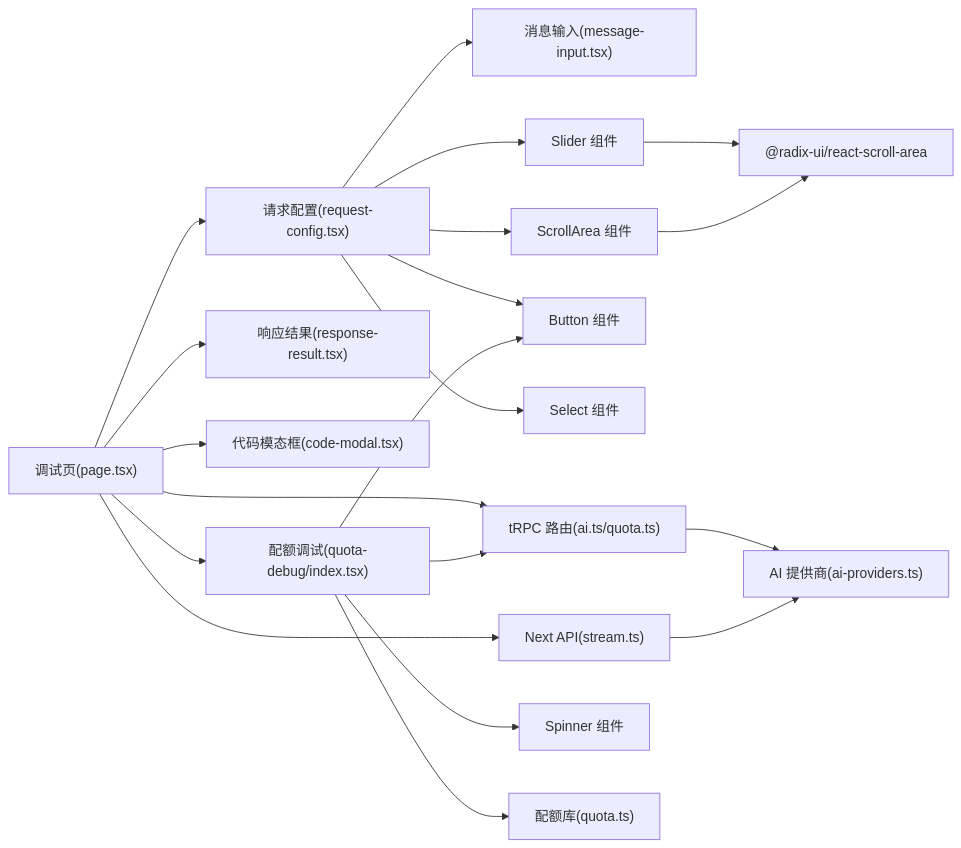
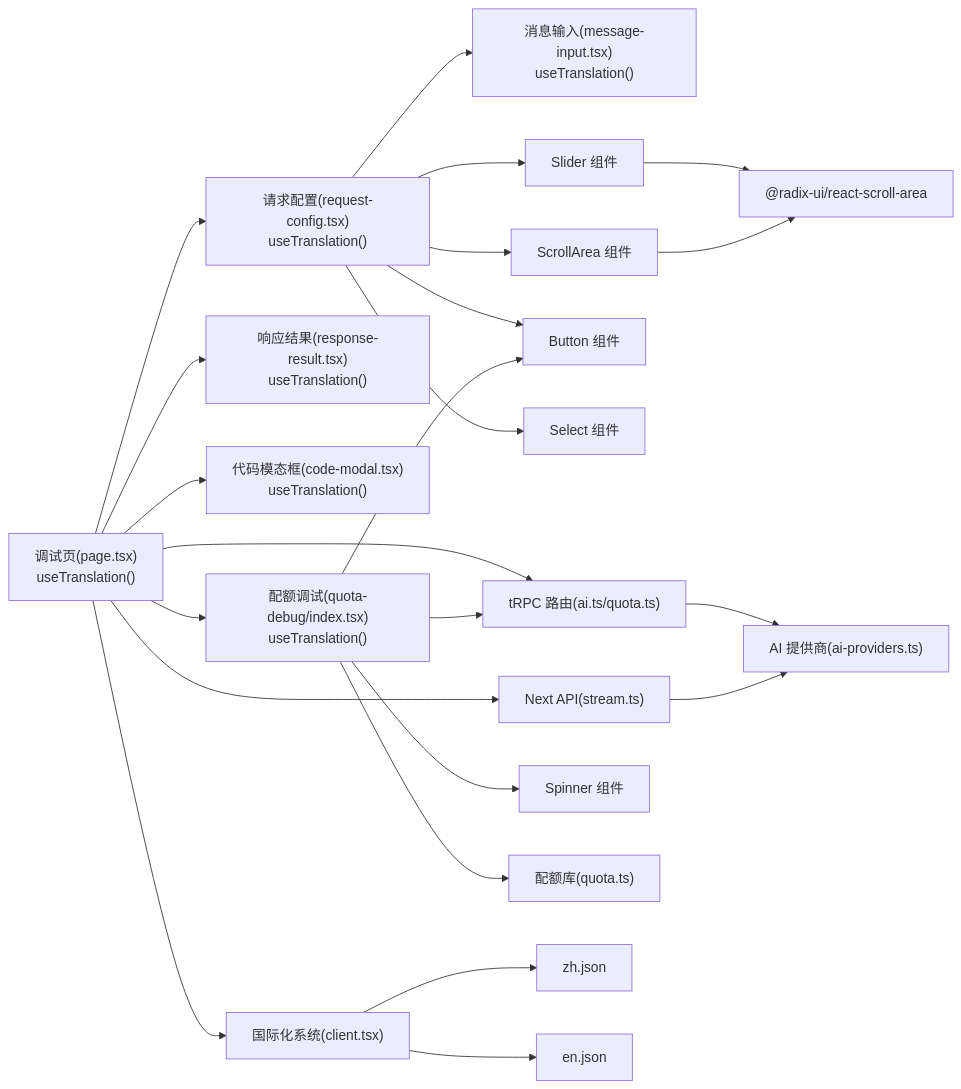
Before and after one commit to RadiumAg/AIGate: the ninth of 9 diagrams in .qoder/repowiki/zh/content/管理后台界面/接口调试工具.md, drawn with Mermaid. The commit also changed other lines of this file and 4 other files, not shown here.

````diff
--- a/.qoder/repowiki/zh/content/管理后台界面/接口调试工具.md
+++ b/.qoder/repowiki/zh/content/管理后台界面/接口调试工具.md
@@ -564,22 +684,25 @@
 ```mermaid
 graph LR
-UI["调试页(page.tsx)"] --> RC["请求配置(request-config.tsx)"]
-UI --> RR["响应结果(response-result.tsx)"]
-UI --> CM["代码模态框(code-modal.tsx)"]
-UI --> QD["配额调试(quota-debug/index.tsx)"]
-RC --> MI["消息输入(message-input.tsx)"]
+UI["调试页(page.tsx)<br/>useTranslation()"] --> RC["请求配置(request-config.tsx)<br/>useTranslation()"]
+UI --> RR["响应结果(response-result.tsx)<br/>useTranslation()"]
+UI --> CM["代码模态框(code-modal.tsx)<br/>useTranslation()"]
+UI --> QD["配额调试(quota-debug/index.tsx)<br/>useTranslation()"]
+RC --> MI["消息输入(message-input.tsx)<br/>useTranslation()"]
 RC --> SL["Slider 组件"]
 RC --> SC["ScrollArea 组件"]
 RC --> BT["Button 组件"]
 RC --> SEL["Select 组件"]
 UI --> TRPC["tRPC 路由(ai.ts/quota.ts)"]
 UI --> API["Next API(stream.ts)"]
 QD --> TRPC
 QD --> BT
 QD --> SPINNER["Spinner 组件"]
 TRPC --> Providers["AI 提供商(ai-providers.ts)"]
 API --> Providers
 SL --> RadixUI["@radix-ui/react-slider"]
 SC --> RadixUI["@radix-ui/react-scroll-area"]
 QD --> QUOTA_LIB["配额库(quota.ts)"]
+UI --> I18N["国际化系统(client.tsx)"]
+I18N --> ZH["zh.json"]
+I18N --> EN["en.json"]
 ```
````
